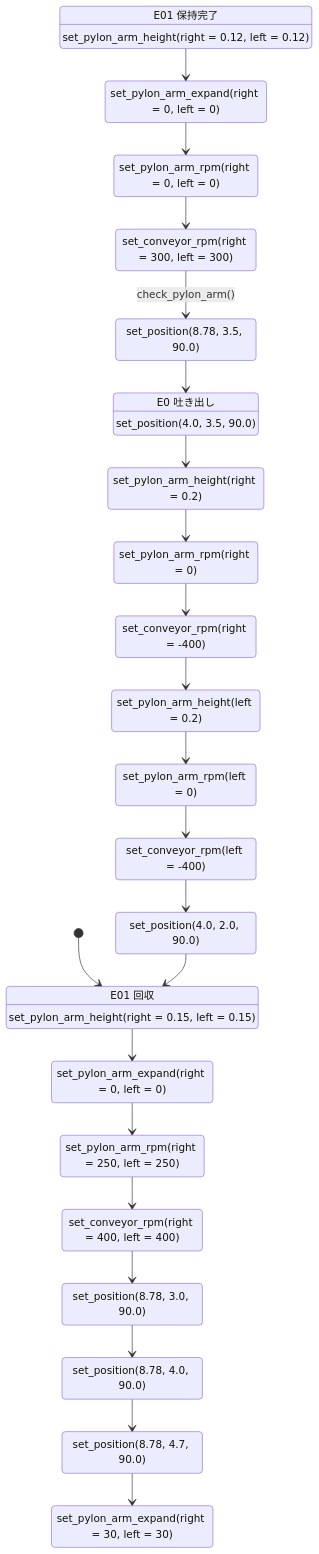
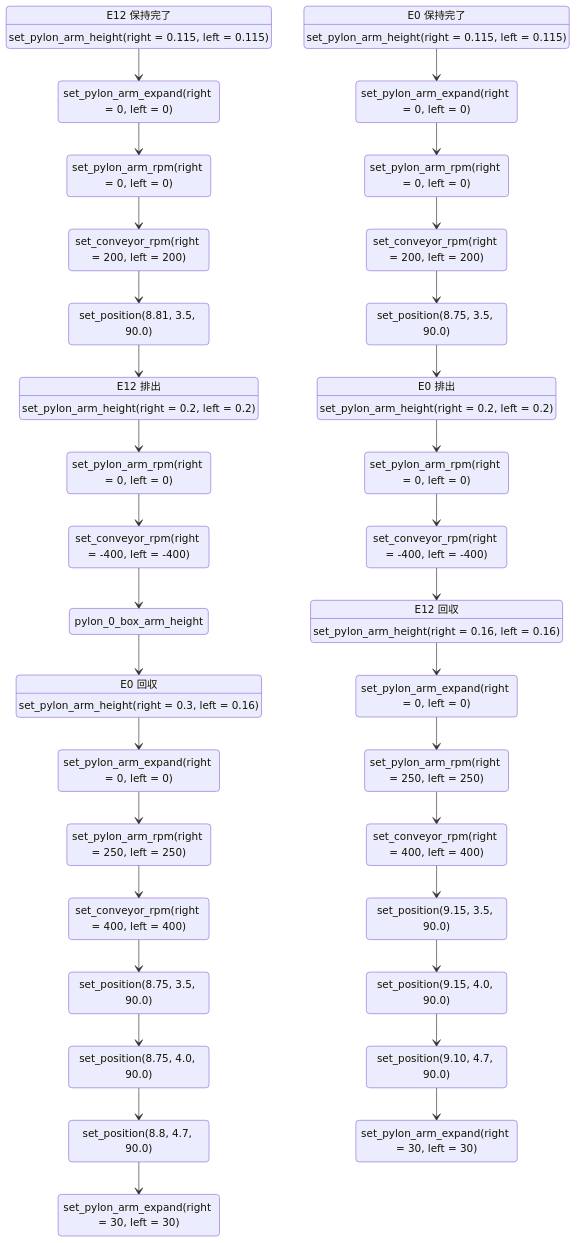
One commit to NITIC-Robot-Club/nhk2025b_ros2 changed the diagram in src/launch/nhk2025b_launch/state_graph/e.md. Above: the diagram before and after it, drawn with Mermaid. The commit also changed 3 other files, not shown here.

````diff
--- a/src/launch/nhk2025b_launch/state_graph/e.md
+++ b/src/launch/nhk2025b_launch/state_graph/e.md
@@ -1,58 +1,91 @@
 ```mermaid
-stateDiagram-v2    
-    e_01_pylon_height_init : E01 回収
-    e_01_pylon_height_init : set_pylon_arm_height(right = 0.15, left = 0.15)
-    e_01_pylon_expand_init : set_pylon_arm_expand(right = 0, left = 0)
-    e_01_pylon_rpm_init    : set_pylon_arm_rpm(right = 250, left = 250)
-    e_01_conveyor_init     : set_conveyor_rpm(right = 400, left = 400)
-    e_01_position_init_0   : set_position(8.78, 3.0, 90.0)
-    e_01_position_init_1   : set_position(8.78, 4.0, 90.0)
-    e_01_position_get      : set_position(8.78, 4.7, 90.0)
-    e_01_pylon_expand_get  : set_pylon_arm_expand(right = 30, left = 30)
+stateDiagram-v2
+    e_0_pylon_height_init : E0 回収
+    e_0_pylon_height_init : set_pylon_arm_height(right = 0.3, left = 0.16)
+    e_0_pylon_expand_init : set_pylon_arm_expand(right = 0, left = 0)
+    e_0_pylon_rpm_init    : set_pylon_arm_rpm(right = 250, left = 250)
+    e_0_conveyor_init     : set_conveyor_rpm(right = 400, left = 400)
+    e_0_position_init_0   : set_position(8.75, 3.5, 90.0)
+    e_0_position_init_1   : set_position(8.75, 4.0, 90.0)
+    e_0_position_get      : set_position(8.8, 4.7, 90.0)
+    e_0_pylon_expand_get  : set_pylon_arm_expand(right = 30, left = 30)
 
-    [*] --> e_01_pylon_height_init
-    e_01_pylon_height_init --> e_01_pylon_expand_init
-    e_01_pylon_expand_init --> e_01_pylon_rpm_init
-    e_01_pylon_rpm_init    --> e_01_conveyor_init
-    e_01_conveyor_init     --> e_01_position_init_0
-    e_01_position_init_0   --> e_01_position_init_1
-    e_01_position_init_1   --> e_01_position_get
-    e_01_position_get      --> e_01_pylon_expand_get
+    pylon_0_box_arm_height --> e_0_pylon_height_init
+    e_0_pylon_height_init  --> e_0_pylon_expand_init
+    e_0_pylon_expand_init  --> e_0_pylon_rpm_init
+    e_0_pylon_rpm_init     --> e_0_conveyor_init
+    e_0_conveyor_init      --> e_0_position_init_0
+    e_0_position_init_0    --> e_0_position_init_1
+    e_0_position_init_1    --> e_0_position_get
+    e_0_position_get       --> e_0_pylon_expand_get
 
 
-    e_01_pylon_height_hold : E01 保持完了
-    e_01_pylon_height_hold : set_pylon_arm_height(right = 0.12, left = 0.12)
-    e_01_pylon_expand_hold : set_pylon_arm_expand(right = 0, left = 0)
-    e_01_pylon_rpm_hold    : set_pylon_arm_rpm(right = 0, left = 0)
-    e_01_conveyor_hold     : set_conveyor_rpm(right = 300, left = 300)
-    e_01_position_hold     : set_position(8.78, 3.5, 90.0)
+    e_0_pylon_height_hold : E0 保持完了
+    e_0_pylon_height_hold : set_pylon_arm_height(right = 0.115, left = 0.115)
+    e_0_pylon_expand_hold : set_pylon_arm_expand(right = 0, left = 0)
+    e_0_pylon_rpm_hold    : set_pylon_arm_rpm(right = 0, left = 0)
+    e_0_conveyor_hold     : set_conveyor_rpm(right = 200, left = 200)
+    e_0_position_hold     : set_position(8.75, 3.5, 90.0)
 
-    e_01_pylon_height_hold --> e_01_pylon_expand_hold
-    e_01_pylon_expand_hold --> e_01_pylon_rpm_hold
-    e_01_pylon_rpm_hold    --> e_01_conveyor_hold
-    e_01_conveyor_hold     --> e_01_position_hold : check_pylon_arm()
-    
+    e_0_pylon_height_hold --> e_0_pylon_expand_hold
+    e_0_pylon_expand_hold --> e_0_pylon_rpm_hold
+    e_0_pylon_rpm_hold    --> e_0_conveyor_hold
+    e_0_conveyor_hold     --> e_0_position_hold
 
-    e_0_position_drop     : E0 吐き出し
-    e_0_position_drop     : set_position(4.0, 3.5, 90.0)
-    e_0_pylon_height_drop : set_pylon_arm_height(right = 0.2)
-    e_0_pylon_rpm_drop    : set_pylon_arm_rpm(right = 0)
-    e_0_conveyor_drop     : set_conveyor_rpm(right = -400)
-    
-    e_01_position_hold     --> e_0_position_drop
-    e_0_position_drop     --> e_0_pylon_height_drop
+
+    e_0_pylon_height_drop : E0 排出
+    e_0_pylon_height_drop : set_pylon_arm_height(right = 0.2, left = 0.2)
+    e_0_pylon_rpm_drop    : set_pylon_arm_rpm(right = 0, left = 0)
+    e_0_conveyor_drop     : set_conveyor_rpm(right = -400, left = -400)
+
+    e_0_position_hold     --> e_0_pylon_height_drop
     e_0_pylon_height_drop --> e_0_pylon_rpm_drop
     e_0_pylon_rpm_drop    --> e_0_conveyor_drop
-    
-    e_1_pylon_height_drop : set_pylon_arm_height(left = 0.2)
-    e_1_pylon_rpm_drop    : set_pylon_arm_rpm(left = 0)
-    e_1_conveyor_drop     : set_conveyor_rpm(left = -400)
-    
-    e_0_conveyor_drop     --> e_1_pylon_height_drop
-    e_1_pylon_height_drop --> e_1_pylon_rpm_drop
-    e_1_pylon_rpm_drop    --> e_1_conveyor_drop
 
-    e_01_position_drop     : set_position(4.0, 2.0, 90.0)
-    e_1_conveyor_drop --> e_01_position_drop
-    e_01_position_drop --> e_01_pylon_height_init
+
+    e_12_pylon_height_init : E12 回収
+    e_12_pylon_height_init : set_pylon_arm_height(right = 0.16, left = 0.16)
+    e_12_pylon_expand_init : set_pylon_arm_expand(right = 0, left = 0)
+    e_12_pylon_rpm_init    : set_pylon_arm_rpm(right = 250, left = 250)
+    e_12_conveyor_init     : set_conveyor_rpm(right = 400, left = 400)
+    e_12_position_init_0   : set_position(9.15, 3.5, 90.0)
+    e_12_position_init_1   : set_position(9.15, 4.0, 90.0)
+    e_12_position_get      : set_position(9.10, 4.7, 90.0)
+    e_12_pylon_expand_get  : set_pylon_arm_expand(right = 30, left = 30)
+
+    e_0_conveyor_drop      --> e_12_pylon_height_init
+    e_12_pylon_height_init --> e_12_pylon_expand_init
+    e_12_pylon_expand_init --> e_12_pylon_rpm_init
+    e_12_pylon_rpm_init    --> e_12_conveyor_init
+    e_12_conveyor_init     --> e_12_position_init_0
+    e_12_position_init_0   --> e_12_position_init_1
+    e_12_position_init_1   --> e_12_position_get
+    e_12_position_get      --> e_12_pylon_expand_get
+
+
+    e_12_pylon_height_hold : E12 保持完了
+    e_12_pylon_height_hold : set_pylon_arm_height(right = 0.115, left = 0.115)
+    e_12_pylon_expand_hold : set_pylon_arm_expand(right = 0, left = 0)
+    e_12_pylon_rpm_hold    : set_pylon_arm_rpm(right = 0, left = 0)
+    e_12_conveyor_hold     : set_conveyor_rpm(right = 200, left = 200)
+    e_12_position_hold     : set_position(8.81, 3.5, 90.0)
+
+    e_12_pylon_height_hold --> e_12_pylon_expand_hold
+    e_12_pylon_expand_hold --> e_12_pylon_rpm_hold
+    e_12_pylon_rpm_hold    --> e_12_conveyor_hold
+    e_12_conveyor_hold     --> e_12_position_hold
+
+
+    e_12_pylon_height_drop : E12 排出
+    e_12_pylon_height_drop : set_pylon_arm_height(right = 0.2, left = 0.2)
+    e_12_pylon_rpm_drop    : set_pylon_arm_rpm(right = 0, left = 0)
+    e_12_conveyor_drop     : set_conveyor_rpm(right = -400, left = -400)
+
+    e_12_position_hold     --> e_12_pylon_height_drop
+    e_12_pylon_height_drop --> e_12_pylon_rpm_drop
+    e_12_pylon_rpm_drop    --> e_12_conveyor_drop
+
+
+    e_12_conveyor_drop --> pylon_0_box_arm_height
+
 ```
````
